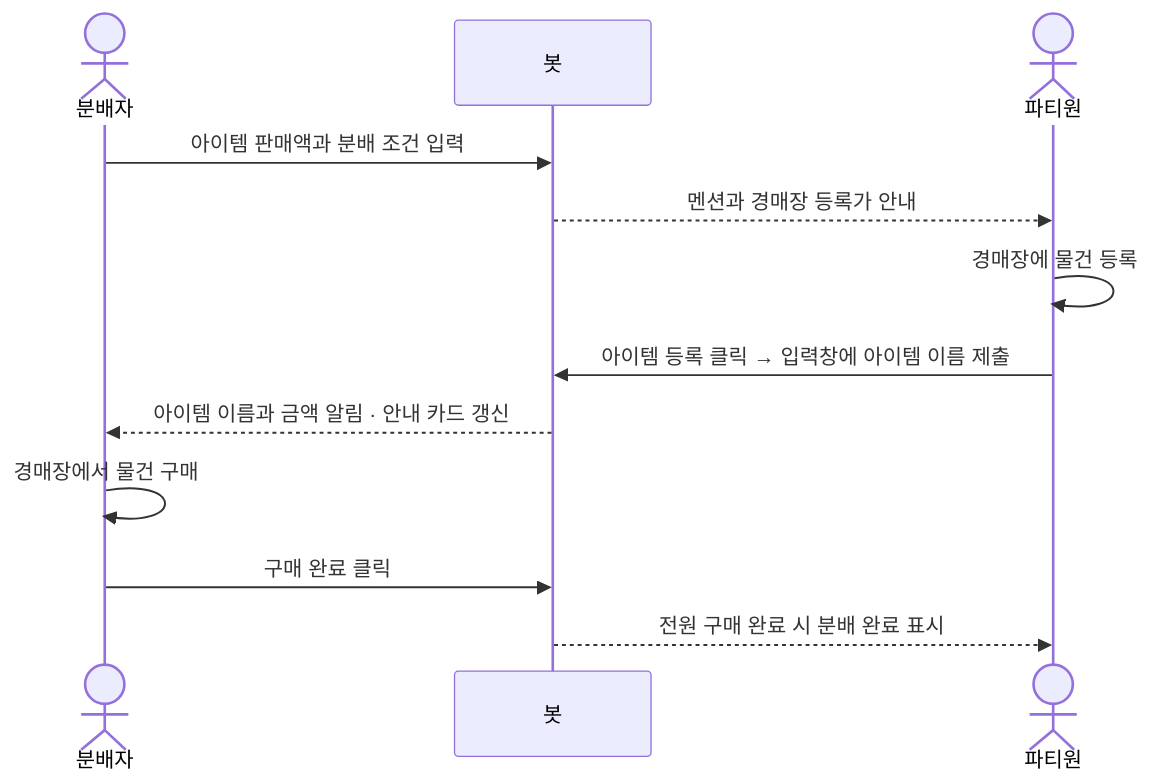
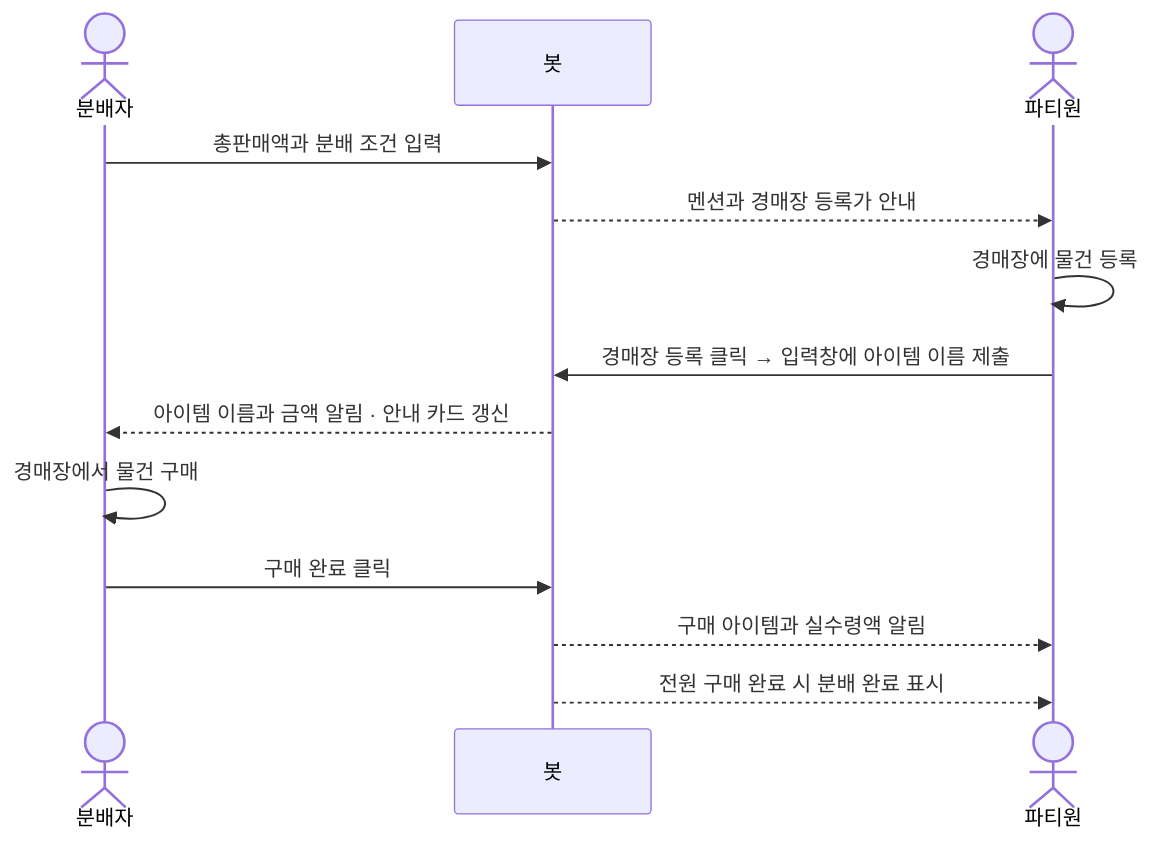
One commit to JinDevLab/ricemonkey-bot changed the diagram in README.md. Above: the diagram before and after it, drawn with Mermaid. The commit also changed other lines of this file and 3 other files, not shown here.

````diff
--- a/README.md
+++ b/README.md
@@ -68,14 +68,15 @@
 ```mermaid
 sequenceDiagram
     actor Distributor as 분배자
     participant Bot as 봇
     actor Member as 파티원
-    Distributor->>Bot: 아이템 판매액과 분배 조건 입력
+    Distributor->>Bot: 총판매액과 분배 조건 입력
     Bot-->>Member: 멘션과 경매장 등록가 안내
     Member->>Member: 경매장에 물건 등록
-    Member->>Bot: 아이템 등록 클릭 → 입력창에 아이템 이름 제출
+    Member->>Bot: 경매장 등록 클릭 → 입력창에 아이템 이름 제출
     Bot-->>Distributor: 아이템 이름과 금액 알림 · 안내 카드 갱신
     Distributor->>Distributor: 경매장에서 물건 구매
     Distributor->>Bot: 구매 완료 클릭
+    Bot-->>Member: 구매 아이템과 실수령액 알림
     Bot-->>Member: 전원 구매 완료 시 분배 완료 표시
 ```
````
